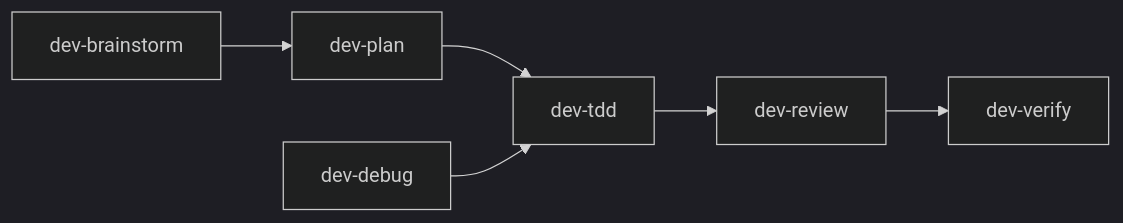
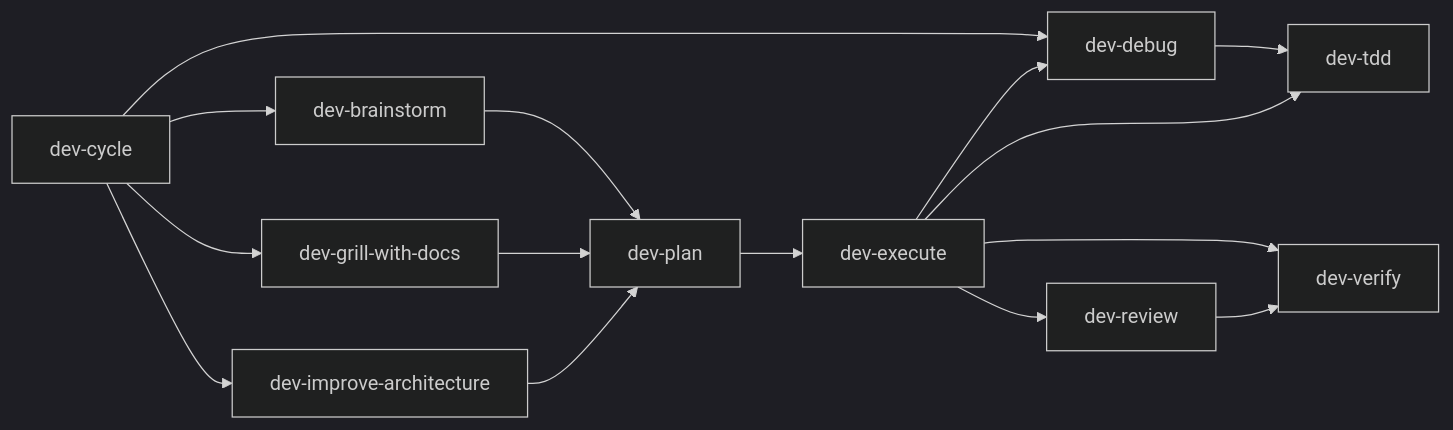
The diagram in README.md (nchandar/skills), drawn with Mermaid (dark theme) before and after one commit. The commit also changed other lines of this file and 46 other files, not shown here.

````diff
--- a/README.md
+++ b/README.md
@@ -34,8 +51,17 @@
 ```mermaid
 flowchart LR
-  Brainstorm[dev-brainstorm] --> Plan[dev-plan]
-  Plan --> TDD[dev-tdd]
-  Debug[dev-debug] --> TDD
-  TDD --> Review[dev-review]
-  Review --> Verify[dev-verify]
+  Cycle[dev-cycle] --> Brainstorm[dev-brainstorm]
+  Cycle --> Grill[dev-grill-with-docs]
+  Cycle --> Architecture[dev-improve-architecture]
+  Cycle --> Debug[dev-debug]
+  Brainstorm --> Plan[dev-plan]
+  Grill --> Plan
+  Architecture --> Plan
+  Plan --> Execute[dev-execute]
+  Debug --> TDD[dev-tdd]
+  Execute --> TDD
+  Execute --> Debug
+  Execute --> Review[dev-review]
+  Execute --> Verify[dev-verify]
+  Review --> Verify
 ```
````
